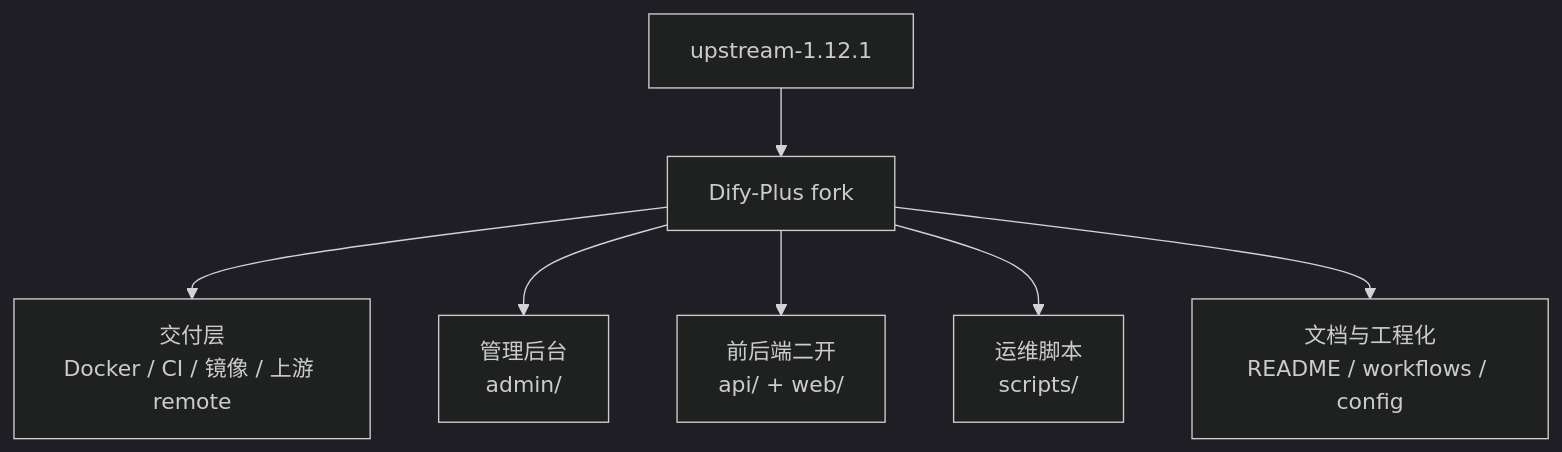
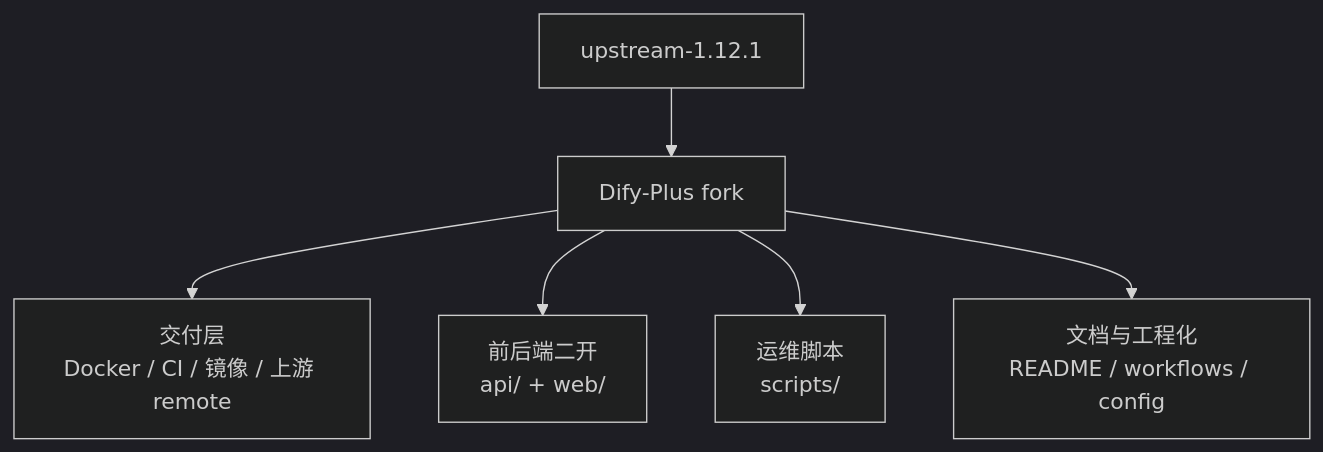
One commit to YFGaia/dify-plus changed the first of 2 diagrams in docs/dify-plus/与上游差异总表.md. Above: the diagram before and after it, drawn with Mermaid (dark theme). The commit also changed other lines of this file and 697 other files, not shown here.

````diff
--- a/docs/dify-plus/与上游差异总表.md
+++ b/docs/dify-plus/与上游差异总表.md
@@ -17,9 +16,8 @@
 ```mermaid
 flowchart TB
   O[upstream-1.12.1] --> F[Dify-Plus fork]
   F --> D1[交付层\nDocker / CI / 镜像 / 上游 remote]
-  F --> D2[管理后台\nadmin/]
   F --> D3[前后端二开\napi/ + web/]
   F --> D4[运维脚本\nscripts/]
   F --> D5[文档与工程化\nREADME / workflows / config]
 ```
````
